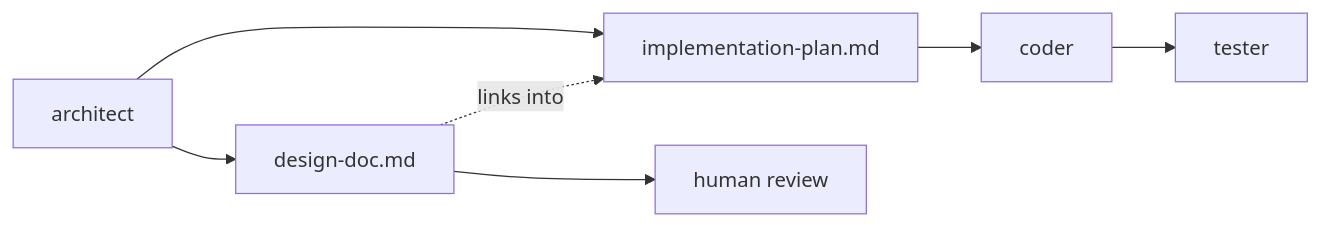
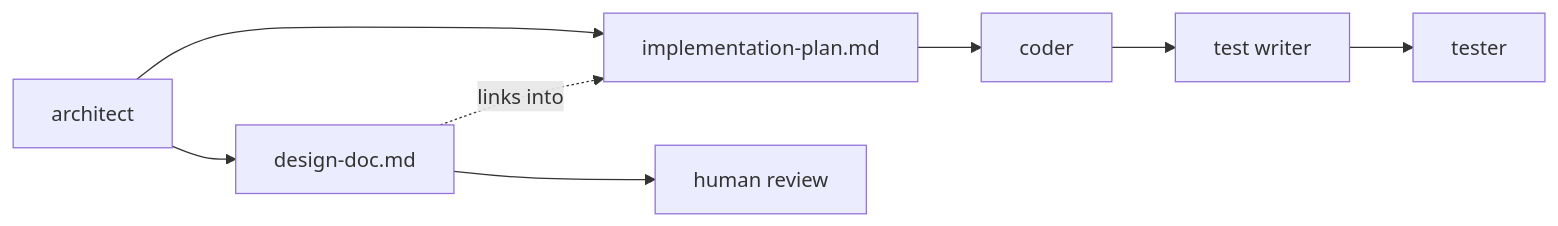
One commit to jaxvy/agentic-dev-team changed the diagram in HOW_IT_WORKS.md. Above: the diagram before and after it, drawn with Mermaid. The commit also changed other lines of this file and 16 other files, not shown here.

````diff
--- a/HOW_IT_WORKS.md
+++ b/HOW_IT_WORKS.md
@@ -78,6 +80,6 @@
 ```mermaid
 flowchart LR
-  A["architect"] --> P["implementation-plan.md"] --> C["coder"] --> T["tester"]
+  A["architect"] --> P["implementation-plan.md"] --> C["coder"] --> W["test writer"] --> T["tester"]
   A --> D["design-doc.md"] --> H["human review"]
   D -. "links into" .-> P
 ```
````
